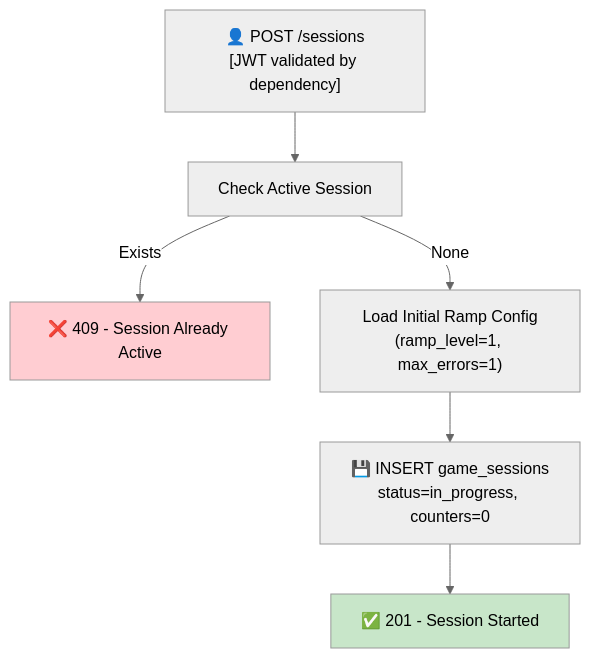
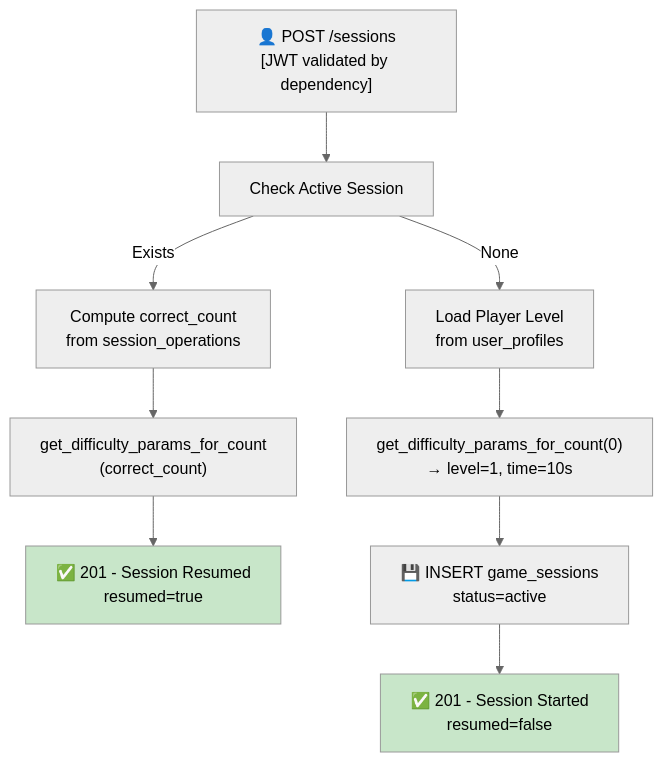
The diagram in docs/01_Design/BE/sub_functions/G02_F04_SF01.md (DoTienHai/MathBattle-BE), drawn with Mermaid (neutral theme) before and after one commit. The commit also changed other lines of this file and 13 other files, not shown here.

````diff
--- a/docs/01_Design/BE/sub_functions/G02_F04_SF01.md
+++ b/docs/01_Design/BE/sub_functions/G02_F04_SF01.md
@@ -87,11 +113,14 @@
 ```mermaid
 flowchart TD
     A["👤 POST /sessions\n[JWT validated by dependency]"] --> B["Check Active Session"]
-    B -->|Exists| C["❌ 409 - Session Already Active"]
-    B -->|None| D["Load Initial Ramp Config\n(ramp_level=1, max_errors=1)"]
-    D --> E["💾 INSERT game_sessions\nstatus=in_progress, counters=0"]
-    E --> F["✅ 201 - Session Started"]
+    B -->|Exists| C["Compute correct_count\nfrom session_operations"]
+    C --> D["get_difficulty_params_for_count\n(correct_count)"]
+    D --> E["✅ 201 - Session Resumed\nresumed=true"]
+    B -->|None| F["Load Player Level\nfrom user_profiles"]
+    F --> G["get_difficulty_params_for_count(0)\n→ level=1, time=10s"]
+    G --> H["💾 INSERT game_sessions\nstatus=active"]
+    H --> I["✅ 201 - Session Started\nresumed=false"]
 
-    style C fill:#ffcdd2
-    style F fill:#c8e6c9
+    style E fill:#c8e6c9
+    style I fill:#c8e6c9
 ```
````
